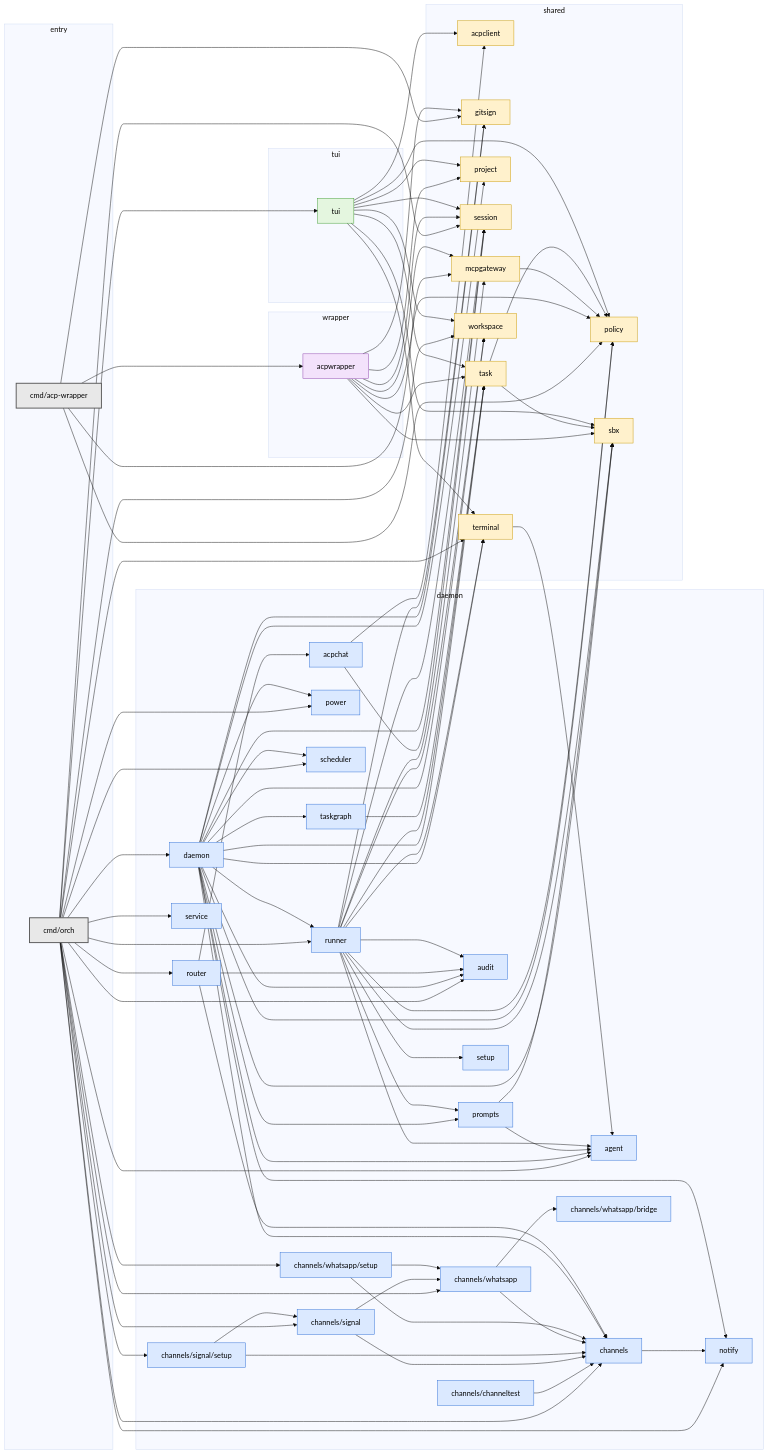
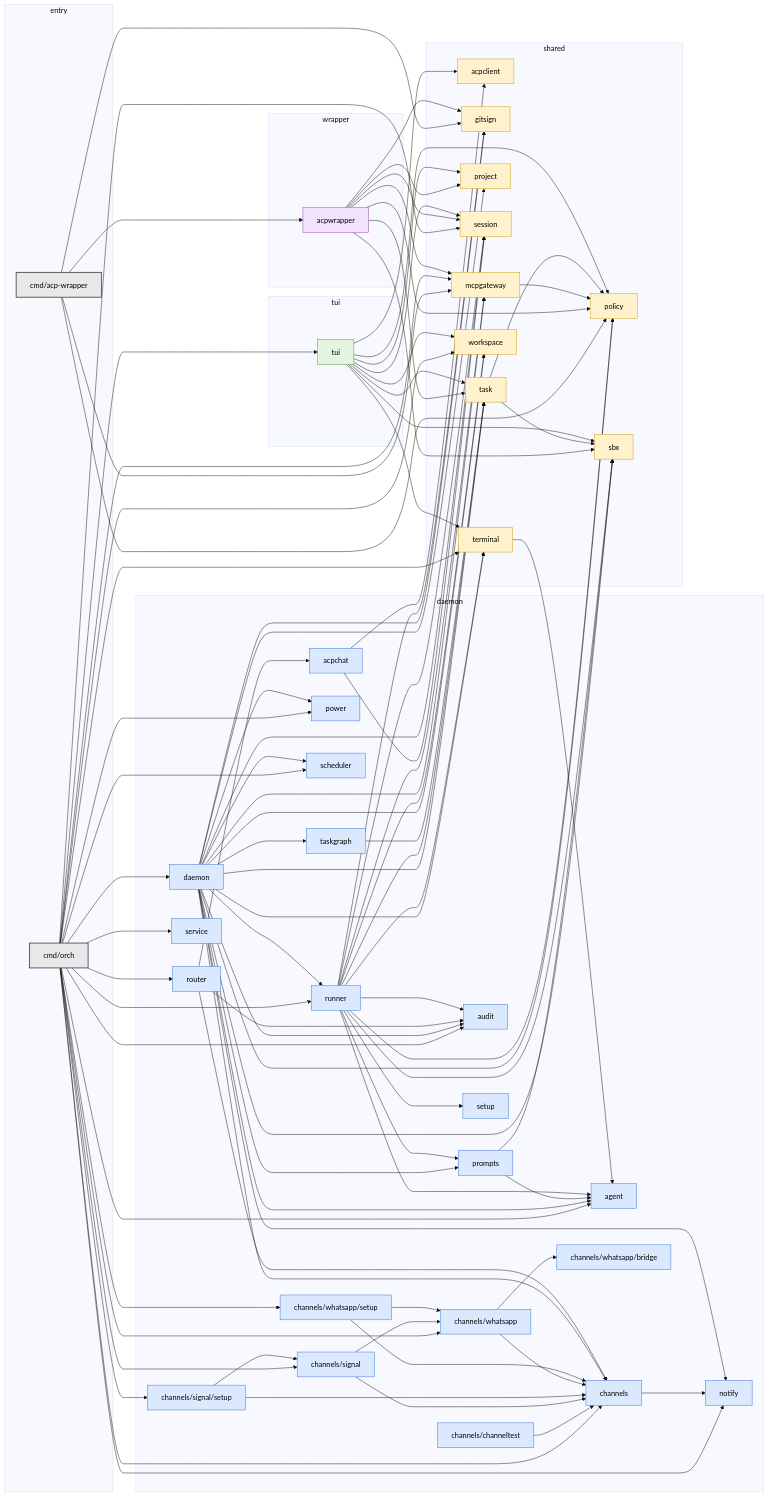
One commit to slimslenderslacks/workingman changed the diagram in docs/packages.md. Above: the diagram before and after it, drawn with Mermaid (base theme). The commit also changed other lines of this file and 5 other files, not shown here.

First line of the commit message:
Give orch daemon its own github-only MCP review gateway

```diff
--- a/docs/packages.md
+++ b/docs/packages.md
@@ -113,6 +113,7 @@
   cmd_orch --> internal_channels_whatsapp
   cmd_orch --> internal_channels_whatsapp_setup
   cmd_orch --> internal_daemon
+  cmd_orch --> internal_mcpgateway
   cmd_orch --> internal_notify
   cmd_orch --> internal_power
   cmd_orch --> internal_router
@@ -146,6 +147,7 @@
   internal_daemon --> internal_audit
   internal_daemon --> internal_channels
   internal_daemon --> internal_gitsign
+  internal_daemon --> internal_mcpgateway
   internal_daemon --> internal_notify
   internal_daemon --> internal_policy
   internal_daemon --> internal_power
```
